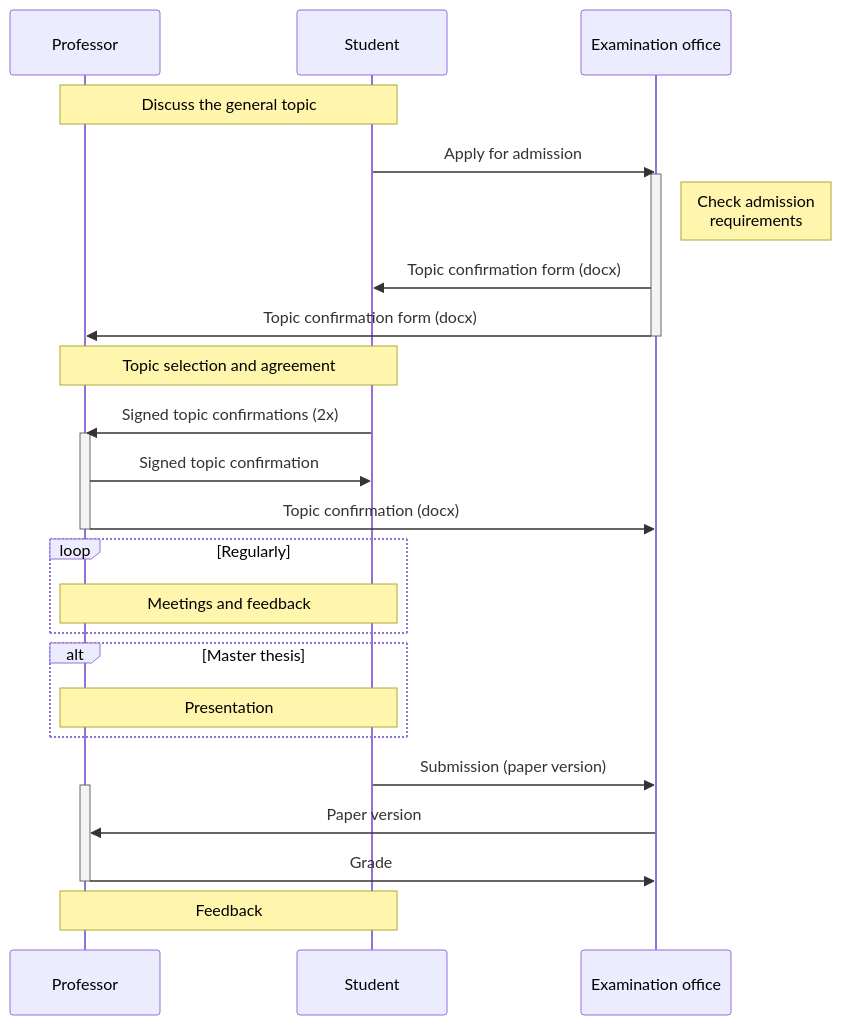
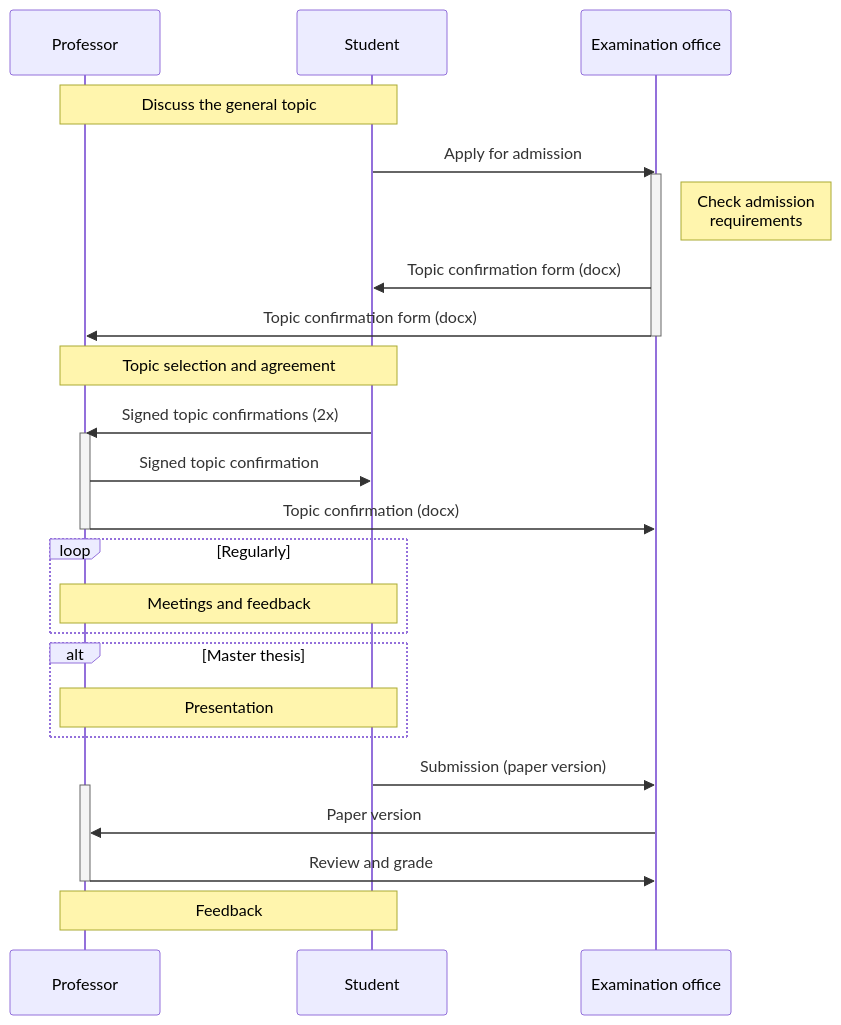
The diagram in docs/teaching/theses_process.md (digital-work-lab/handbook), drawn with Mermaid before and after one commit.

````diff
--- a/docs/teaching/theses_process.md
+++ b/docs/teaching/theses_process.md
@@ -10,28 +10,28 @@
 ```mermaid
 sequenceDiagram
     Note over Professor,Student: Discuss the general topic
     Student->>Examination office: Apply for admission
     activate Examination office
     Note right of Examination office: Check admission<br/>requirements
     Examination office->>Student: Topic confirmation form (docx)
     Examination office->>Professor: Topic confirmation form (docx)
     deactivate Examination office
     Note over Professor,Student: Topic selection and agreement
     Student->>Professor: Signed topic confirmations (2x)
     activate Professor
     Professor->>Student: Signed topic confirmation
     Professor->>Examination office: Topic confirmation (docx)
     deactivate Professor
     loop Regularly
         Note over Professor,Student: Meetings and feedback
     end
     alt Master thesis
         Note over Professor,Student: Presentation
     end
     Student->>Examination office: Submission (paper version)
     activate Professor
     Examination office->>Professor: Paper version
-    Professor->>Examination office: Grade
+    Professor->>Examination office: Review and grade
     deactivate Professor
     Note over Professor,Student: Feedback
 ```
````
